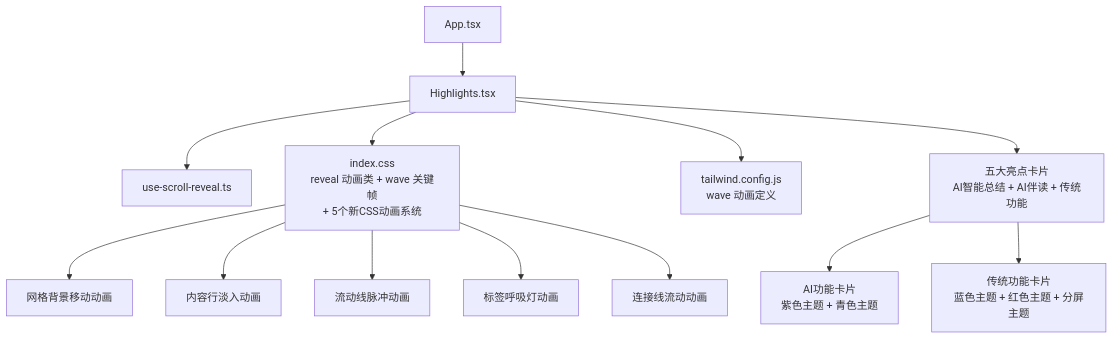
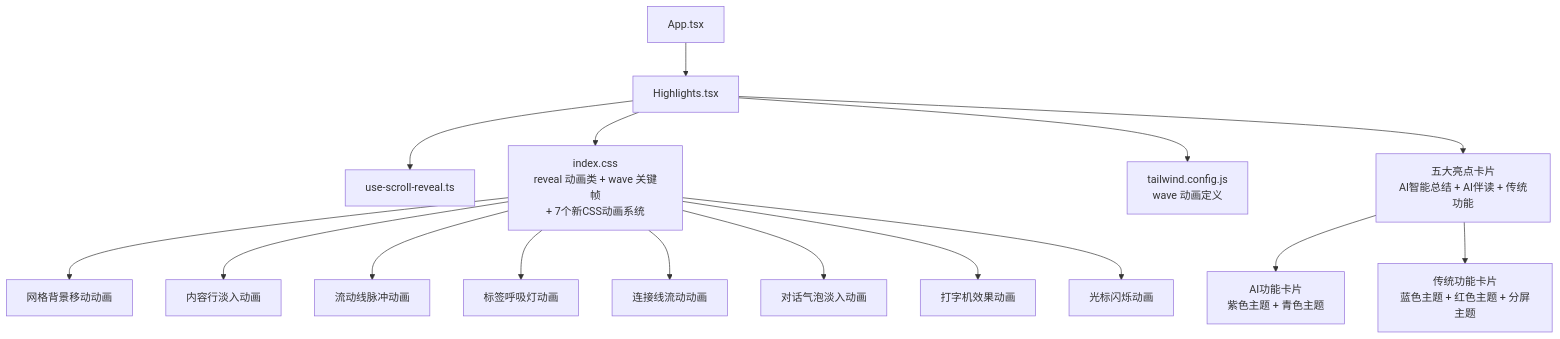
One commit to Primoguo/naolizhi.cn changed the first of 5 diagrams in .qoder/repowiki/zh/content/架构设计/组件架构/页面组件/Highlights组件.md. Above: the diagram before and after it, drawn with Mermaid. The commit also changed other lines of this file and 23 other files, not shown here.

````diff
--- a/.qoder/repowiki/zh/content/架构设计/组件架构/页面组件/Highlights组件.md
+++ b/.qoder/repowiki/zh/content/架构设计/组件架构/页面组件/Highlights组件.md
@@ -46,15 +46,18 @@
 ```mermaid
 graph TB
 A["App.tsx"] --> B["Highlights.tsx"]
 B --> C["use-scroll-reveal.ts"]
-B --> D["index.css<br/>reveal 动画类 + wave 关键帧<br/>+ 5个新CSS动画系统"]
+B --> D["index.css<br/>reveal 动画类 + wave 关键帧<br/>+ 7个新CSS动画系统"]
 B --> E["tailwind.config.js<br/>wave 动画定义"]
 B --> F["五大亮点卡片<br/>AI智能总结 + AI伴读 + 传统功能"]
 F --> G["AI功能卡片<br/>紫色主题 + 青色主题"]
 F --> H["传统功能卡片<br/>蓝色主题 + 红色主题 + 分屏主题"]
 D --> I["网格背景移动动画"]
 D --> J["内容行淡入动画"]
 D --> K["流动线脉冲动画"]
 D --> L["标签呼吸灯动画"]
 D --> M["连接线流动动画"]
+D --> N["对话气泡淡入动画"]
+D --> O["打字机效果动画"]
+D --> P["光标闪烁动画"]
 ```
````
